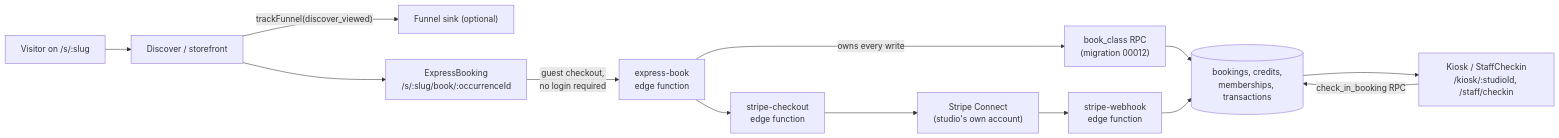
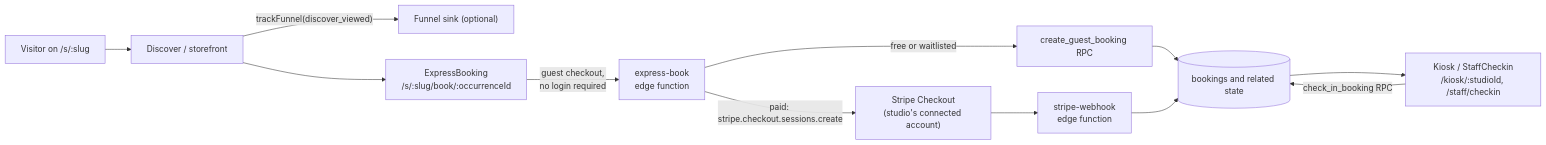
One commit to TaylorONeal/tandava changed the second of 3 diagrams in docs/ARCHITECTURE.md. Above: the diagram before and after it, drawn with Mermaid. The commit also changed other lines of this file and 3 other files, not shown here.

Commit message:
docs: correct recovery coverage and runtime architecture claims

````diff
--- a/docs/ARCHITECTURE.md
+++ b/docs/ARCHITECTURE.md
@@ -55,15 +55,14 @@
 ```mermaid
 graph LR
     V["Visitor on /s/:slug"] --> D["Discover / storefront"]
     D -->|"trackFunnel(discover_viewed)"| F["Funnel sink (optional)"]
     D --> E["ExpressBooking<br/>/s/:slug/book/:occurrenceId"]
     E -->|"guest checkout,<br/>no login required"| EB["express-book<br/>edge function"]
-    EB -->|"owns every write"| RPC["book_class RPC<br/>(migration 00012)"]
-    RPC --> DB[("bookings, credits,<br/>memberships, transactions")]
-    EB --> SC["stripe-checkout<br/>edge function"]
-    SC --> Stripe["Stripe Connect<br/>(studio's own account)"]
+    EB -->|"free or waitlisted"| RPC["create_guest_booking RPC"]
+    RPC --> DB[("bookings and related state")]
+    EB -->|"paid: stripe.checkout.sessions.create"| Stripe["Stripe Checkout<br/>(studio's connected account)"]
     Stripe --> WH["stripe-webhook<br/>edge function"]
     WH --> DB
     DB --> K["Kiosk / StaffCheckin<br/>/kiosk/:studioId, /staff/checkin"]
     K -->|"check_in_booking RPC"| DB
 ```
````
